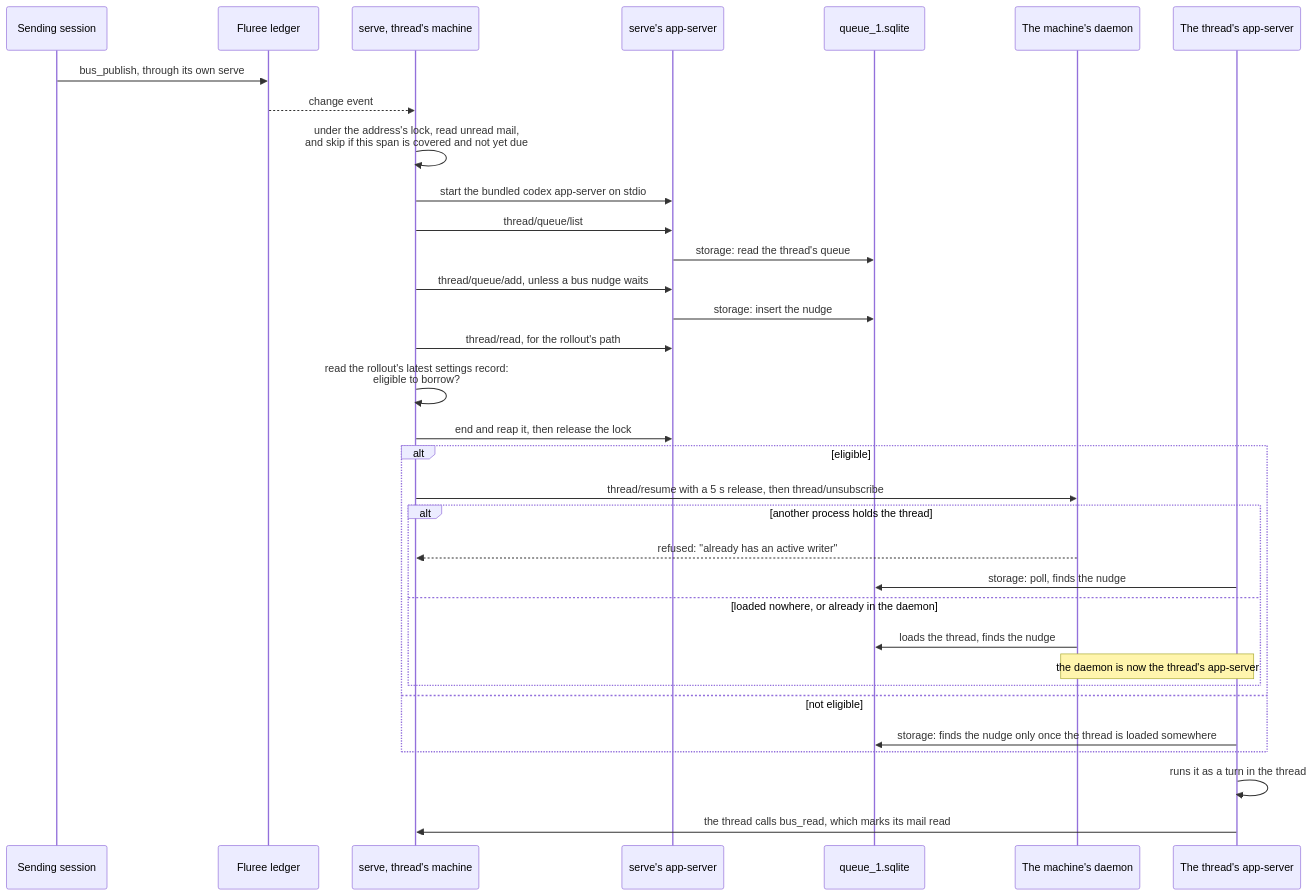
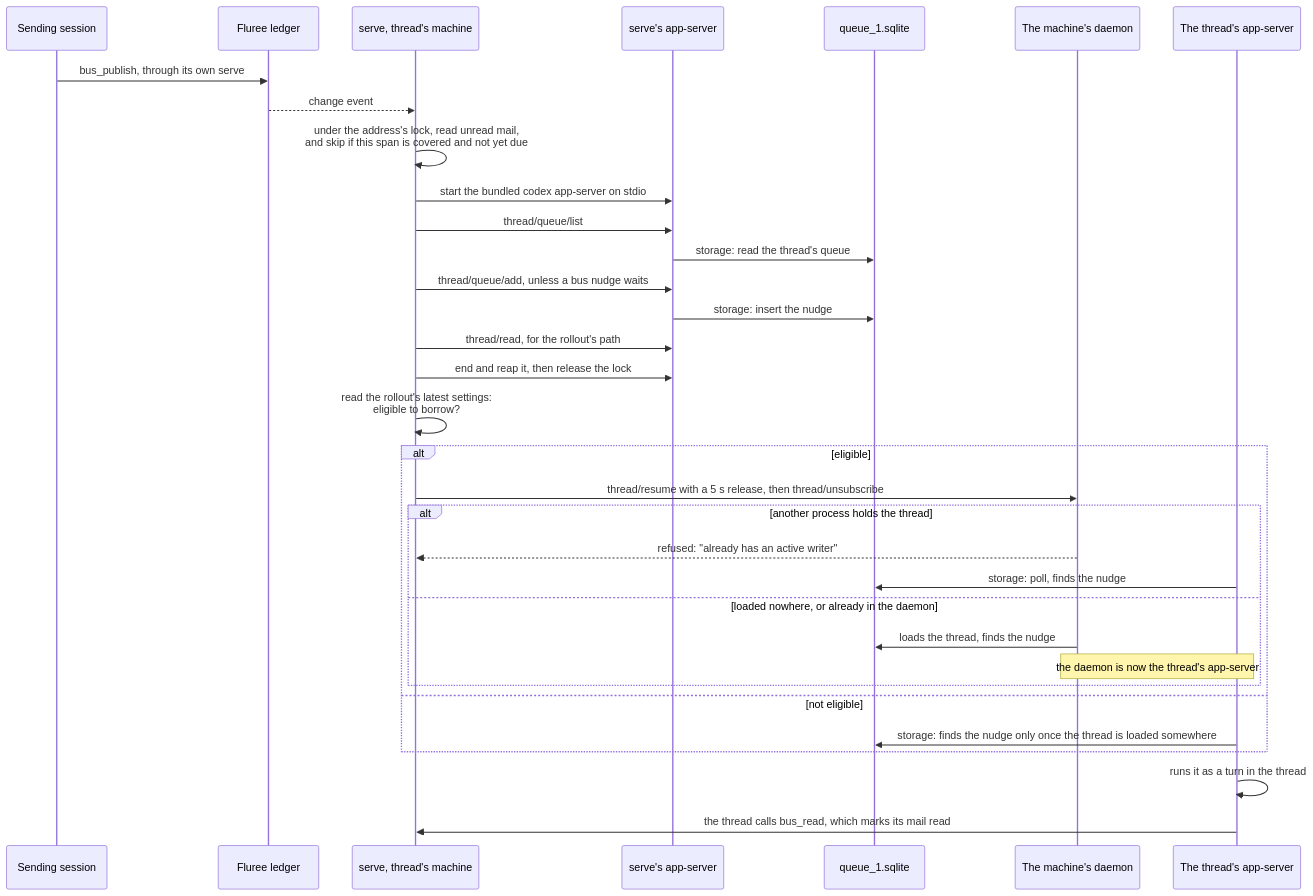
The third of 4 diagrams in docs/architecture/delivery.md (rawr-ai/agent-bus), drawn with Mermaid before and after one commit. The commit also changed other lines of this file and 18 other files, not shown here.

````diff
--- a/docs/architecture/delivery.md
+++ b/docs/architecture/delivery.md
@@ -124,35 +94,35 @@
 ```mermaid
 sequenceDiagram
   participant Sender as Sending session
   participant Ledger as Fluree ledger
   participant Serve as serve, thread's machine
   participant Own as serve's app-server
   participant Queue as queue_1.sqlite
   participant Daemon as The machine's daemon
   participant Writer as The thread's app-server
   Sender->>Ledger: bus_publish, through its own serve
   Ledger-->>Serve: change event
   Serve->>Serve: under the address's lock, read unread mail,<br/>and skip if this span is covered and not yet due
   Serve->>Own: start the bundled codex app-server on stdio
   Serve->>Own: thread/queue/list
   Own->>Queue: storage: read the thread's queue
   Serve->>Own: thread/queue/add, unless a bus nudge waits
   Own->>Queue: storage: insert the nudge
   Serve->>Own: thread/read, for the rollout's path
-  Serve->>Serve: read the rollout's latest settings record:<br/>eligible to borrow?
   Serve->>Own: end and reap it, then release the lock
+  Serve->>Serve: read the rollout's latest settings:<br/>eligible to borrow?
   alt eligible
     Serve->>Daemon: thread/resume with a 5 s release, then thread/unsubscribe
     alt another process holds the thread
       Daemon-->>Serve: refused: "already has an active writer"
       Writer->>Queue: storage: poll, finds the nudge
     else loaded nowhere, or already in the daemon
       Daemon->>Queue: loads the thread, finds the nudge
       Note over Daemon,Writer: the daemon is now the thread's app-server
     end
   else not eligible
     Writer->>Queue: storage: finds the nudge only once the thread is loaded somewhere
   end
   Writer->>Writer: runs it as a turn in the thread
   Writer->>Serve: the thread calls bus_read, which marks its mail read
 ```
````
